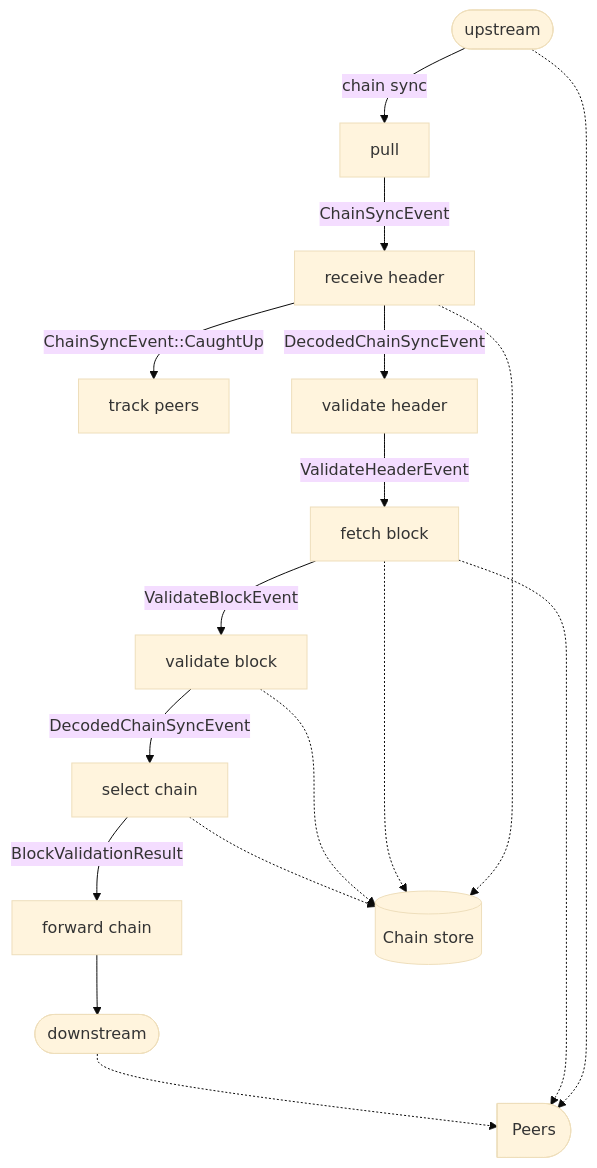
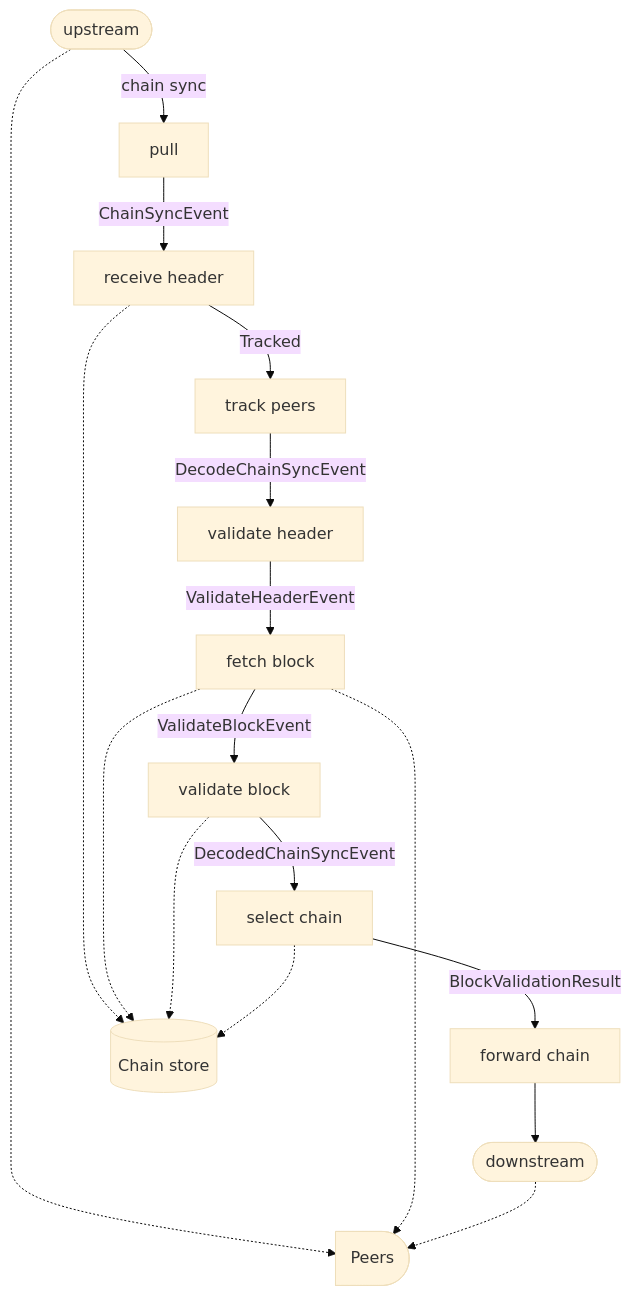
The first of 2 diagrams in crates/amaru-consensus/README.md (pragma-org/amaru), drawn with Mermaid (base theme) before and after one commit. The commit also changed 11 other files, not shown here.

````diff
--- a/crates/amaru-consensus/README.md
+++ b/crates/amaru-consensus/README.md
@@ -7,37 +7,38 @@
 ```mermaid
 graph TD
     receive_header[receive header]
     track_peers[track peers]
     validate_header[validate header]
     fetch_block[fetch block]
     validate_block[validate block]
     select_chain[select chain]
     forward_chain[forward chain]
 
     downstream([downstream])
     store@{ shape: cyl, label: "Chain store" }
     net@{ shape: delay, label: "Peers" }
 
     upstream([upstream]) -.-> net
     upstream -- chain sync --> pull
     pull -- ChainSyncEvent --> receive_header
 
-    receive_header -- DecodedChainSyncEvent --> validate_header
-    receive_header -- ChainSyncEvent::CaughtUp --> track_peers
+    receive_header -- Tracked<DecodedChainSyncEvent> --> track_peers
     receive_header -.-> store
+
+    track_peers -- DecodeChainSyncEvent --> validate_header
 
     validate_header -- ValidateHeaderEvent --> fetch_block
 
     fetch_block -- ValidateBlockEvent --> validate_block
     fetch_block -.-> net
     fetch_block -.-> store
 
     validate_block -.-> store
     validate_block -- DecodedChainSyncEvent --> select_chain
 
     select_chain -.-> store
     select_chain -- BlockValidationResult --> forward_chain
 
     forward_chain --> downstream
     downstream -.-> net
 ```
````
